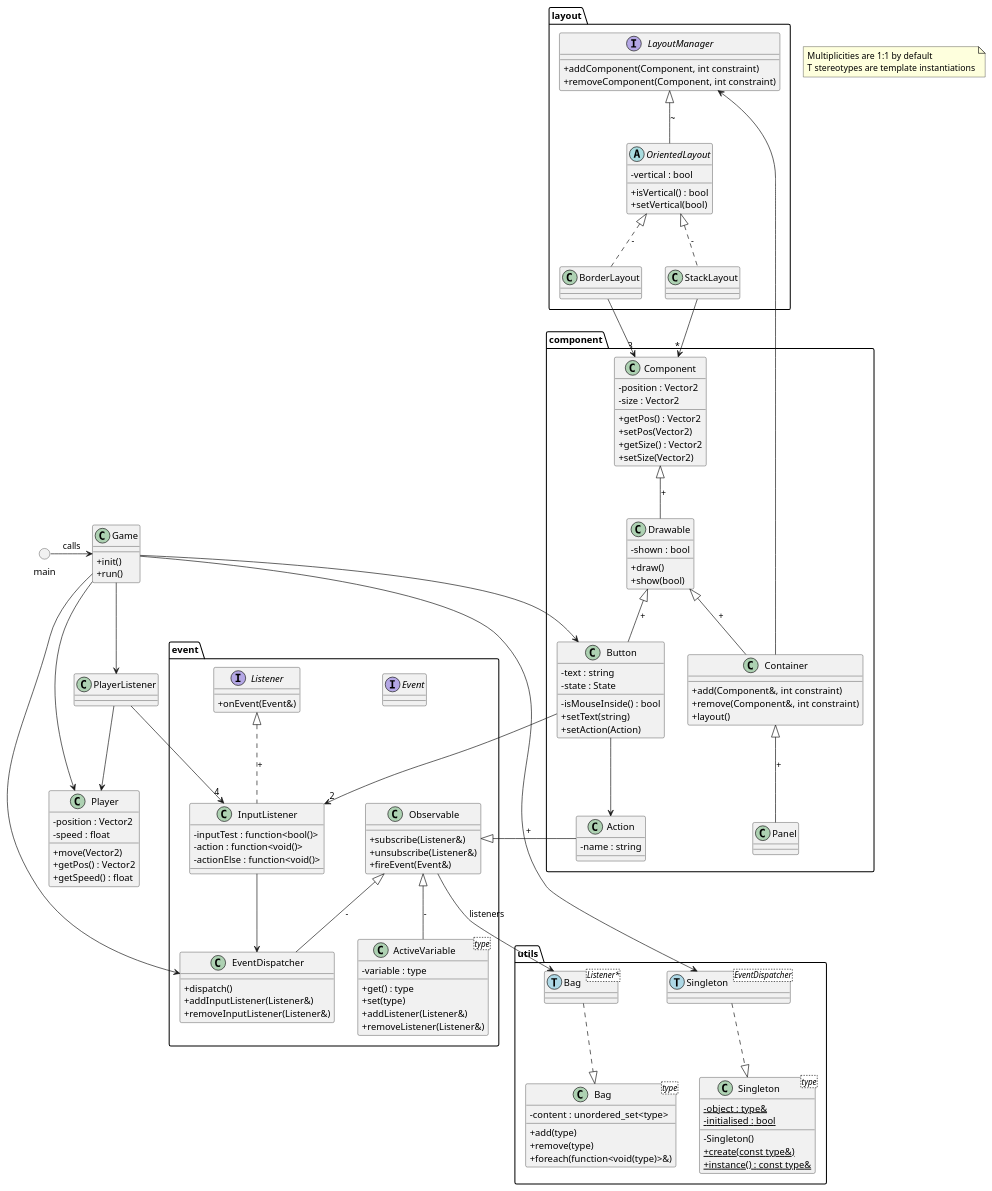
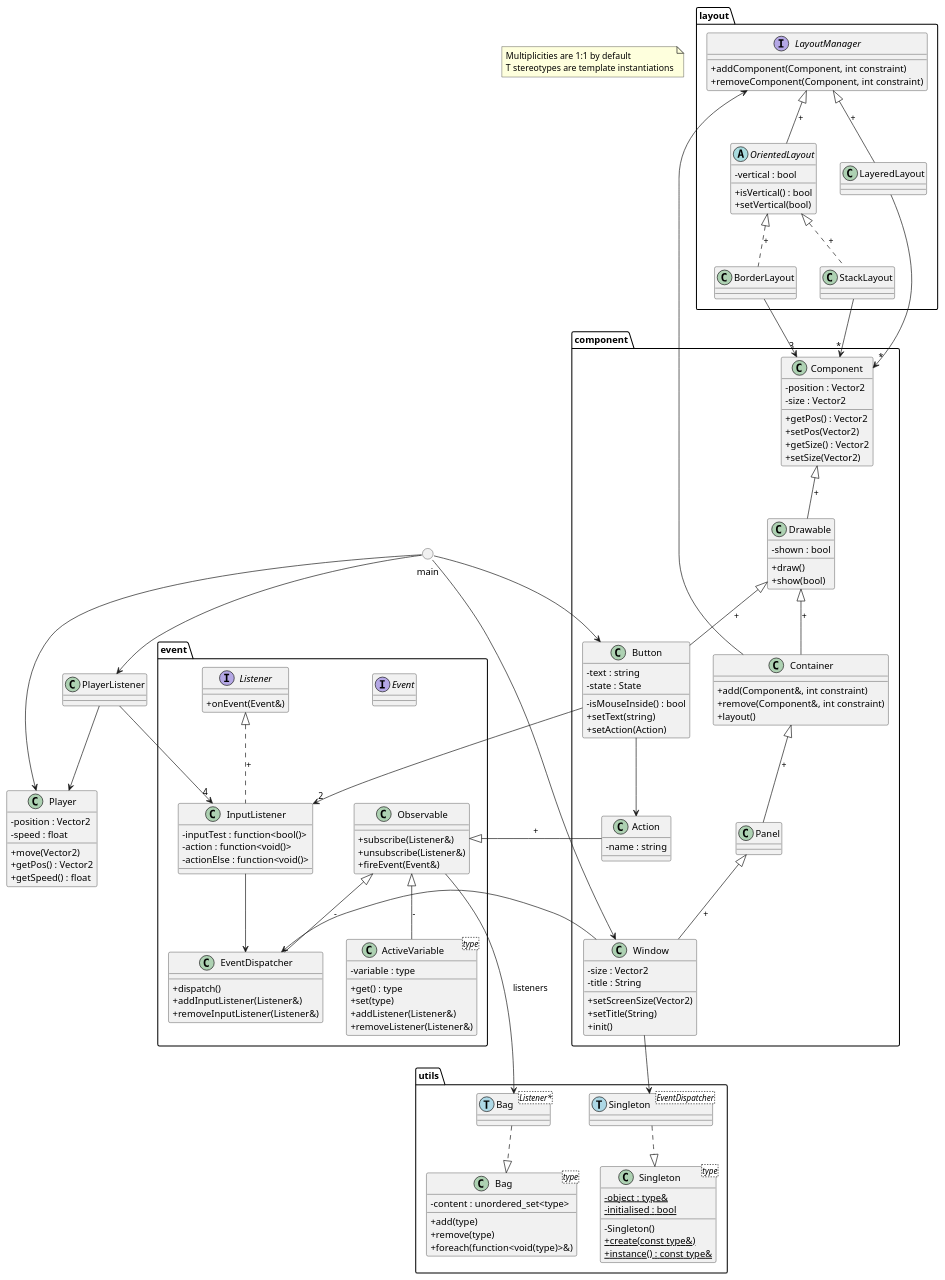
The diagram in project.puml (julesdupuis/CPP-UI-toolkit), drawn with PlantUML before and after one commit. The commit also changed 15 other files, not shown here.

Commit message:
removed Game class, renamed OrientedLayout file, added Panel, Window

```diff
--- a/project.puml
+++ b/project.puml
@@ -1,163 +1,174 @@
 @startuml project
 
 skinparam classAttributeIconSize 0
 
 note as mainNote
     Multiplicities are 1:1 by default
     T stereotypes are template instantiations
 end note
 
 () main
-class Game{
-    +init()
-    +run()
-}
 class Player{
     -position : Vector2
     -speed : float
     +move(Vector2)
     +getPos() : Vector2
     +getSpeed() : float
 }
 class PlayerListener{
 
 }
 
-main -> Game : calls
-Game --> Player
-Game --> PlayerListener
+main --> Player
+main --> PlayerListener
 
 package utils{
     class Bag<type>{
         -content : unordered_set<type>
         +add(type)
         +remove(type)
         +foreach(function<void(type)>&)
     }
     class "Bag<Listener*>" as BagListener <<(T,LightBlue)>>
 
     class Singleton<type>{
         {static} -object : type&
         {static} -initialised : bool
         -Singleton()
         {static} +create(const type&)
         {static} +instance() : const type&
     }
     class "Singleton<EventDispatcher>" as SingletonEventDispatcher <<(T,LightBlue)>>
 }
 
 BagListener ..|> Bag
 SingletonEventDispatcher ..|> Singleton
 
 package event{
     interface Event
     interface Listener{
         +onEvent(Event&)
     }
     class Observable{
         +subscribe(Listener&)
         +unsubscribe(Listener&)
         +fireEvent(Event&)
     }
     class InputListener{
         {field} -inputTest : function<bool()>
         {field} -action : function<void()>
         {field} -actionElse : function<void()>
     }
     class EventDispatcher{
         +dispatch()
         +addInputListener(Listener&)
         +removeInputListener(Listener&)
     }
     class ActiveVariable<type>{
         -variable : type
         +get() : type
         +set(type)
         +addListener(Listener&)
         +removeListener(Listener&)
     }
 }
 
 Listener <|.. InputListener : +
 Observable <|-- EventDispatcher : -
 Observable <|-- ActiveVariable : -
 Observable --> BagListener : listeners
 
 InputListener --> EventDispatcher
-Game --> EventDispatcher
 
 package component{
     class Component{
         -position : Vector2
         -size : Vector2
         +getPos() : Vector2
         +setPos(Vector2)
         +getSize() : Vector2
         +setSize(Vector2)
     }
     class Drawable{
         -shown : bool
         +draw()
         +show(bool)
     }
     class Button{
         -text : string
         -state : State
         -isMouseInside() : bool
         +setText(string)
         +setAction(Action)
     }
     class Action{
         -name : string
     }
     class Container{
         +add(Component&, int constraint)
         +remove(Component&, int constraint)
         +layout()
     }
     class Panel{
 
     }
+    class Window{
+        -size : Vector2
+        -title : String
+        +setScreenSize(Vector2)
+        +setTitle(String)
+        +init()
+    }
 }
 
 Component <|-- Drawable : +
 Drawable <|-- Button : +
 Observable <|-- Action : +
 Drawable <|-- Container : +
 Container <|-- Panel : +
+Panel <|-- Window : +
 
 Button --> Action
 Button --> "2" InputListener
+
+Window --> EventDispatcher
+Window --> SingletonEventDispatcher
 
 package layout{
     interface LayoutManager{
         +addComponent(Component, int constraint)
         +removeComponent(Component, int constraint)
     }
     abstract class OrientedLayout{
         -vertical : bool
         +isVertical() : bool
         +setVertical(bool)
     }
     class BorderLayout{
 
     }
     class StackLayout{
 
     }
+    class LayeredLayout{
+
+    }
 }
 
-LayoutManager <|-- OrientedLayout : ~
-OrientedLayout <|.. BorderLayout : -
-OrientedLayout <|.. StackLayout : -
+LayoutManager <|-- OrientedLayout : +
+OrientedLayout <|.. BorderLayout : +
+OrientedLayout <|.. StackLayout : +
+LayoutManager <|-- LayeredLayout : +
 
 Container --> LayoutManager
 BorderLayout --> "3" Component
 StackLayout --> "*" Component
+LayeredLayout --> "*" Component
 
 PlayerListener --> "4" InputListener
 PlayerListener --> Player
-Game --> SingletonEventDispatcher
-Game --> Button
+
+main --> Window
+main --> Button
 
 @enduml
```
